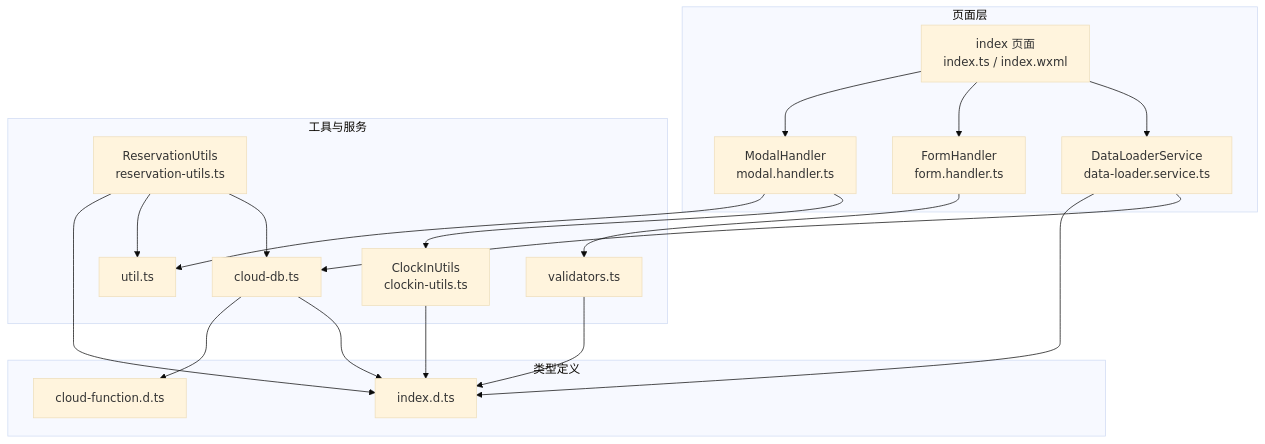
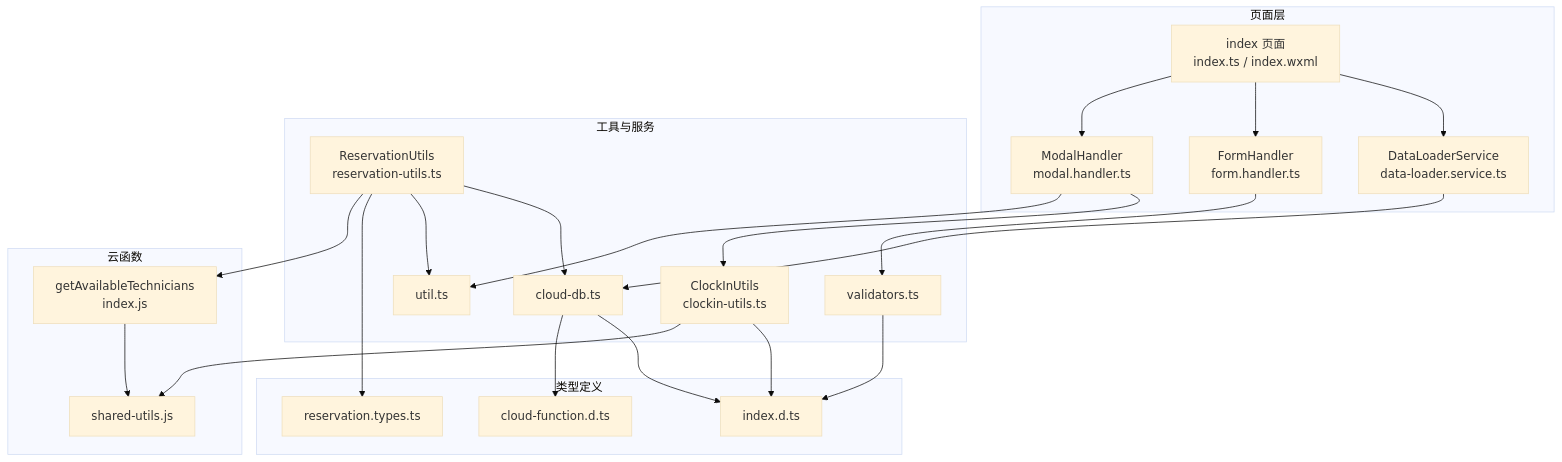
One commit to xwHoward/padoo-consulation-printer changed the first of 9 diagrams in .qoder/repowiki/zh/content/预约管理系统/预约创建与管理.md. Above: the diagram before and after it, drawn with Mermaid (base theme). The commit also changed other lines of this file and 21 other files, not shown here.

````diff
--- a/.qoder/repowiki/zh/content/预约管理系统/预约创建与管理.md
+++ b/.qoder/repowiki/zh/content/预约管理系统/预约创建与管理.md
@@ -41,35 +53,42 @@
 ```mermaid
 graph TB
 subgraph "页面层"
 IDX["index 页面<br/>index.ts / index.wxml"]
 DL["DataLoaderService<br/>data-loader.service.ts"]
 FH["FormHandler<br/>form.handler.ts"]
 MH["ModalHandler<br/>modal.handler.ts"]
 end
 subgraph "工具与服务"
 RU["ReservationUtils<br/>reservation-utils.ts"]
 CIU["ClockInUtils<br/>clockin-utils.ts"]
 V["validators.ts"]
 U["util.ts"]
 CDB["cloud-db.ts"]
 end
 subgraph "类型定义"
+RT["reservation.types.ts"]
 TIDX["index.d.ts"]
 TCF["cloud-function.d.ts"]
+end
+subgraph "云函数"
+GAT["getAvailableTechnicians<br/>index.js"]
+SHU["shared-utils.js"]
 end
 IDX --> DL
 IDX --> FH
 IDX --> MH
 DL --> CDB
 FH --> V
 MH --> CIU
 MH --> U
 RU --> CDB
 RU --> U
-RU --> TIDX
-DL --> TIDX
+RU --> RT
+RU --> GAT
 CIU --> TIDX
+CIU --> SHU
 V --> TIDX
 CDB --> TIDX
 CDB --> TCF
+GAT --> SHU
 ```
````
